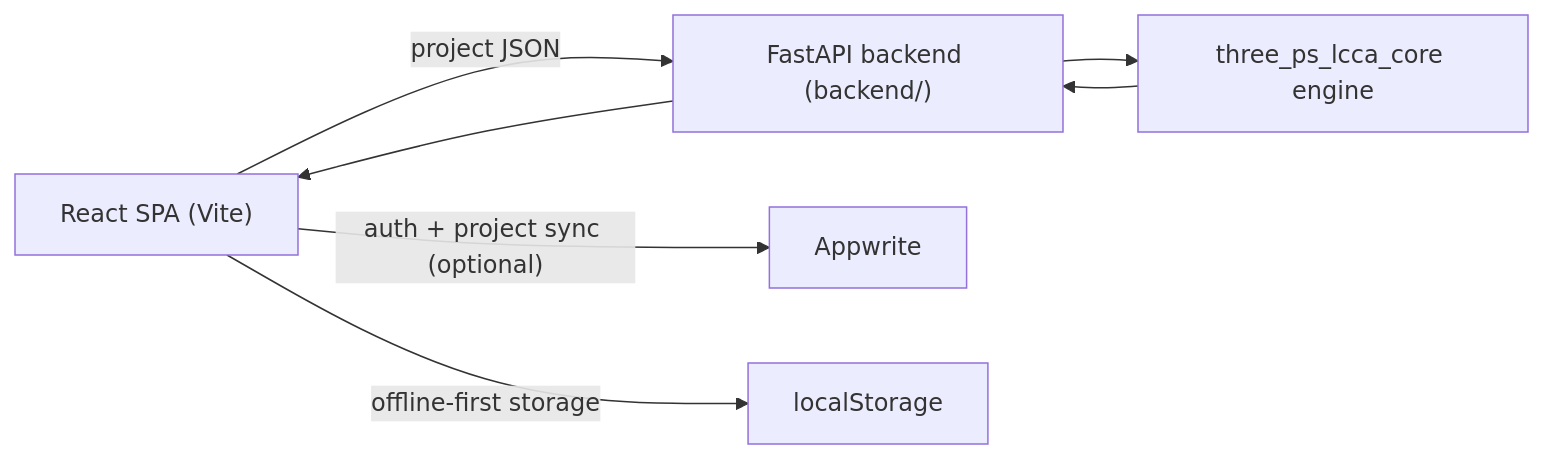
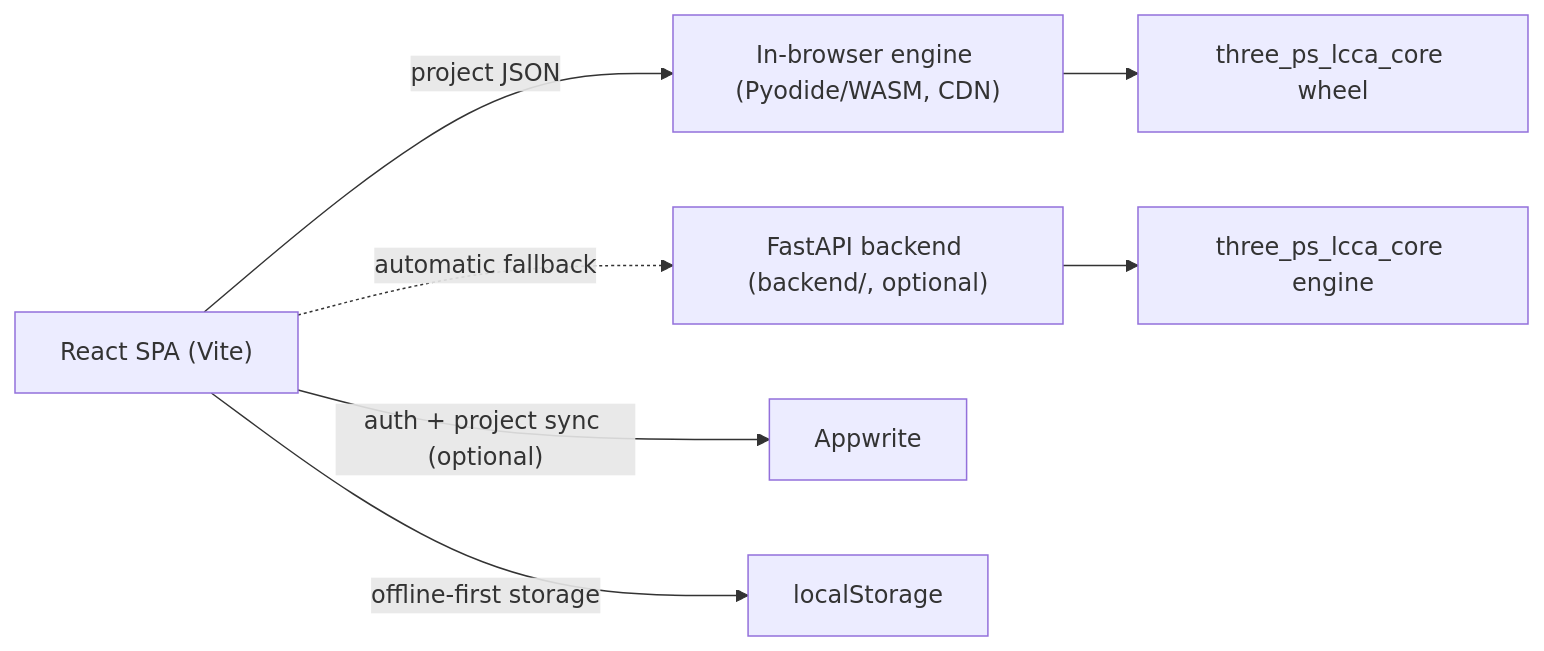
The diagram in readme.md (Swayam200/3psLCCA-web), drawn with Mermaid before and after one commit. The commit also changed other lines of this file and 5 other files, not shown here.

````diff
--- a/readme.md
+++ b/readme.md
@@ -15,8 +15,9 @@
 ```mermaid
 flowchart LR
-    A["React SPA (Vite)"] -- "project JSON" --> B["FastAPI backend (backend/)"]
-    B --> C["three_ps_lcca_core engine"]
-    C --> B --> A
+    A["React SPA (Vite)"] -- "project JSON" --> F["In-browser engine (Pyodide/WASM, CDN)"]
+    F --> C["three_ps_lcca_core wheel"]
+    A -. "automatic fallback" .-> B["FastAPI backend (backend/, optional)"]
+    B --> C2["three_ps_lcca_core engine"]
     A -- "auth + project sync (optional)" --> D["Appwrite"]
     A -- "offline-first storage" --> E["localStorage"]
 ```
````
